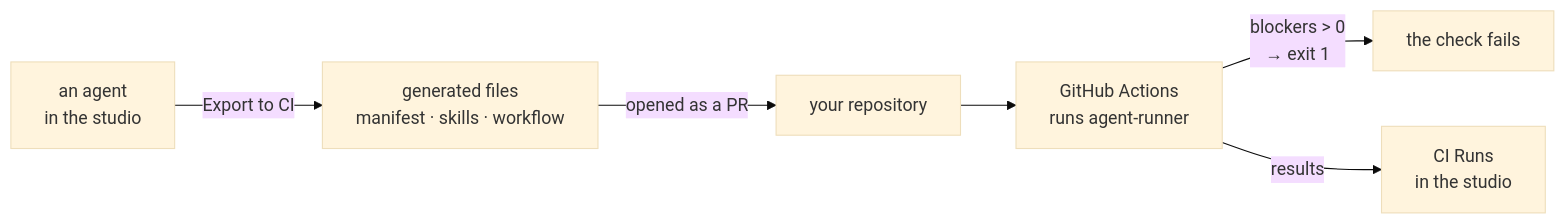
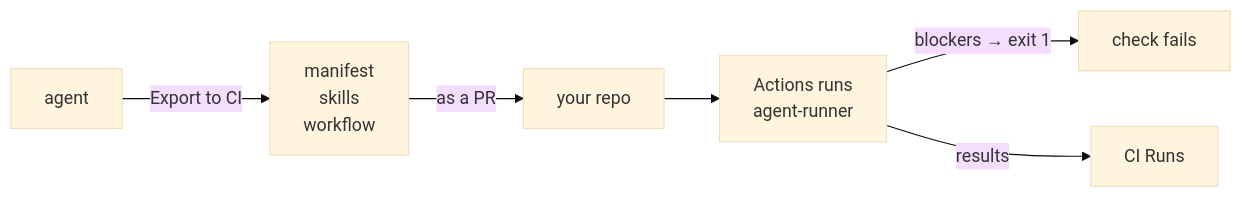
Before and after one commit to AIengineerDev/dev-digest: the second of 2 diagrams in README.md, drawn with Mermaid (base theme). The commit also changed other lines of this file, not shown here.

First line of the commit message:
docs(readme): shorter labels so the diagrams render legibly

````diff
--- a/README.md
+++ b/README.md
@@ -89,8 +80,8 @@
 ```mermaid
 flowchart LR
-  A["an agent<br/>in the studio"] -- "Export to CI" --> W["generated files<br/>manifest · skills · workflow"]
-  W -- "opened as a PR" --> R["your repository"]
-  R --> ACT["GitHub Actions<br/>runs agent-runner"]
-  ACT -- "blockers > 0<br/>→ exit 1" --> CHK["the check fails"]
-  ACT -- "results" --> CI["CI Runs<br/>in the studio"]
+  A["agent"] -->|"Export to CI"| F["manifest<br/>skills<br/>workflow"]
+  F -->|"as a PR"| R["your repo"]
+  R --> ACT["Actions runs<br/>agent-runner"]
+  ACT -->|"blockers → exit 1"| CHK["check fails"]
+  ACT -->|"results"| CI["CI Runs"]
 ```
````
